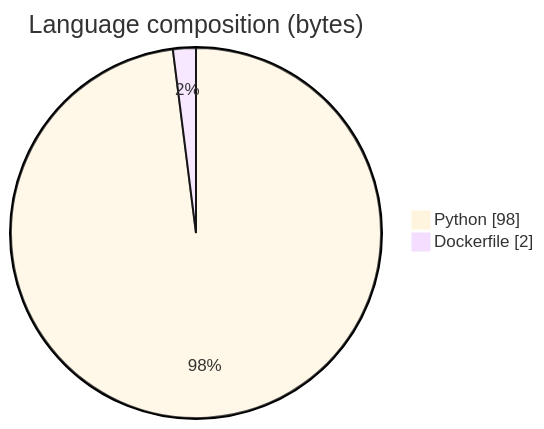
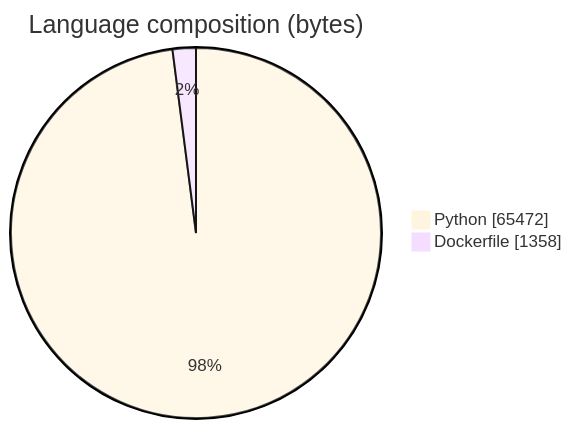
Before and after one commit to ArchanaChetan07/Study-Buddy-AI: the second of 7 diagrams in README.md, drawn with Mermaid. The commit also changed other lines of this file, not shown here.

Commit message:
docs: FAANG-ready README with agent architecture, deploy metrics, ATS keywords

````diff
--- a/README.md
+++ b/README.md
@@ -69,6 +92,6 @@
 ```mermaid
 %%{init: {'theme':'base'}}%%
 pie showData title Language composition (bytes)
-    "Python" : 98
-    "Dockerfile" : 2
+    "Python" : 65472
+    "Dockerfile" : 1358
 ```
````
